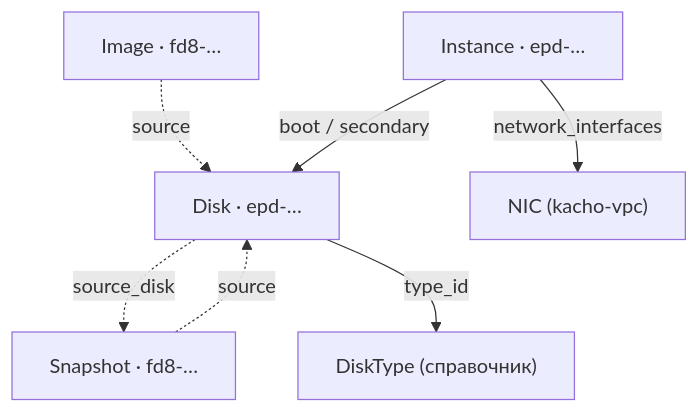
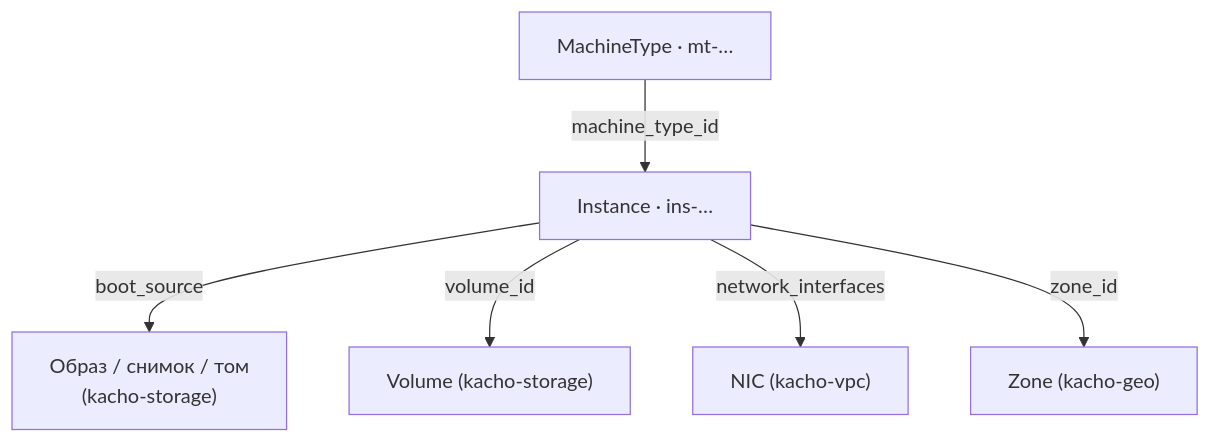
The second of 2 diagrams in services/compute/docs-site/docs/intro.mdx (PRO-Robotech/kacho), drawn with Mermaid before and after one commit. The commit also changed other lines of this file and 8 other files, not shown here.

````diff
--- a/services/compute/docs-site/docs/intro.mdx
+++ b/services/compute/docs-site/docs/intro.mdx
@@ -175,9 +182,8 @@
 ```mermaid
 flowchart TD
-  img["Image · fd8-…"] -.->|source| disk["Disk · epd-…"]
-  snap["Snapshot · fd8-…"] -.->|source| disk
-  disk -.->|source_disk| snap
-  disk -->|type_id| dtype["DiskType (справочник)"]
-  inst["Instance · epd-…"] -->|boot / secondary| disk
+  mt["MachineType · mt-…"] -->|machine_type_id| inst["Instance · ins-…"]
+  inst -->|boot_source| src["Образ / снимок / том<br/>(kacho-storage)"]
+  inst -->|volume_id| vol["Volume (kacho-storage)"]
   inst -->|network_interfaces| nic["NIC (kacho-vpc)"]
+  inst -->|zone_id| zone["Zone (kacho-geo)"]
 ```
````
